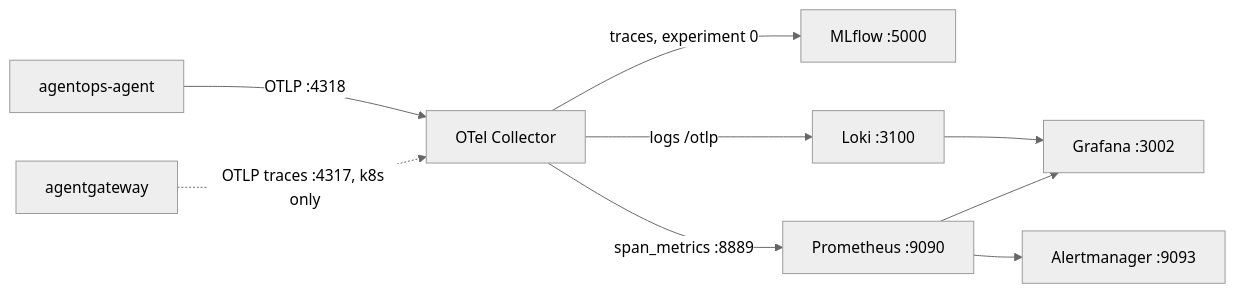
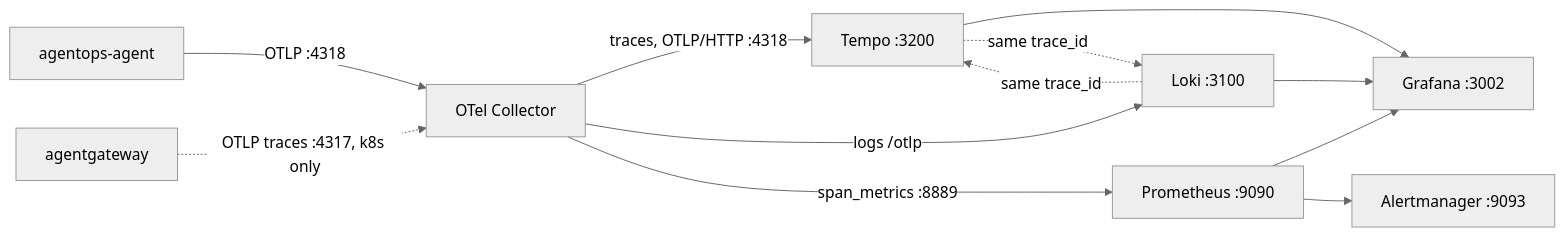
Before and after one commit to LuiGGi629/agentops-open-course: the diagram in content/7. Observability/_index.md, drawn with Mermaid (neutral theme). The commit also changed other lines of this file and 88 other files, not shown here.

First line of the commit message:
refactor: send traces to Tempo and take MLflow out of the online path

````diff
--- a/content/7. Observability/_index.md
+++ b/content/7. Observability/_index.md
@@ -57,11 +57,14 @@
 ```mermaid
 flowchart LR
     Agent[agentops-agent] -->|OTLP :4318| Collector[OTel Collector]
     Gateway[agentgateway] -.->|OTLP traces :4317, k8s only| Collector
-    Collector -->|traces, experiment 0| MLflow[MLflow :5000]
+    Collector -->|traces, OTLP/HTTP :4318| Tempo[Tempo :3200]
     Collector -->|logs /otlp| Loki[Loki :3100]
     Collector -->|span_metrics :8889| Prometheus[Prometheus :9090]
-    Prometheus --> Grafana[Grafana :3002]
+    Tempo --> Grafana[Grafana :3002]
+    Prometheus --> Grafana
     Loki --> Grafana
+    Tempo -. "same trace_id" .-> Loki
+    Loki -. "same trace_id" .-> Tempo
     Prometheus --> Alertmanager[Alertmanager :9093]
 ```
````
